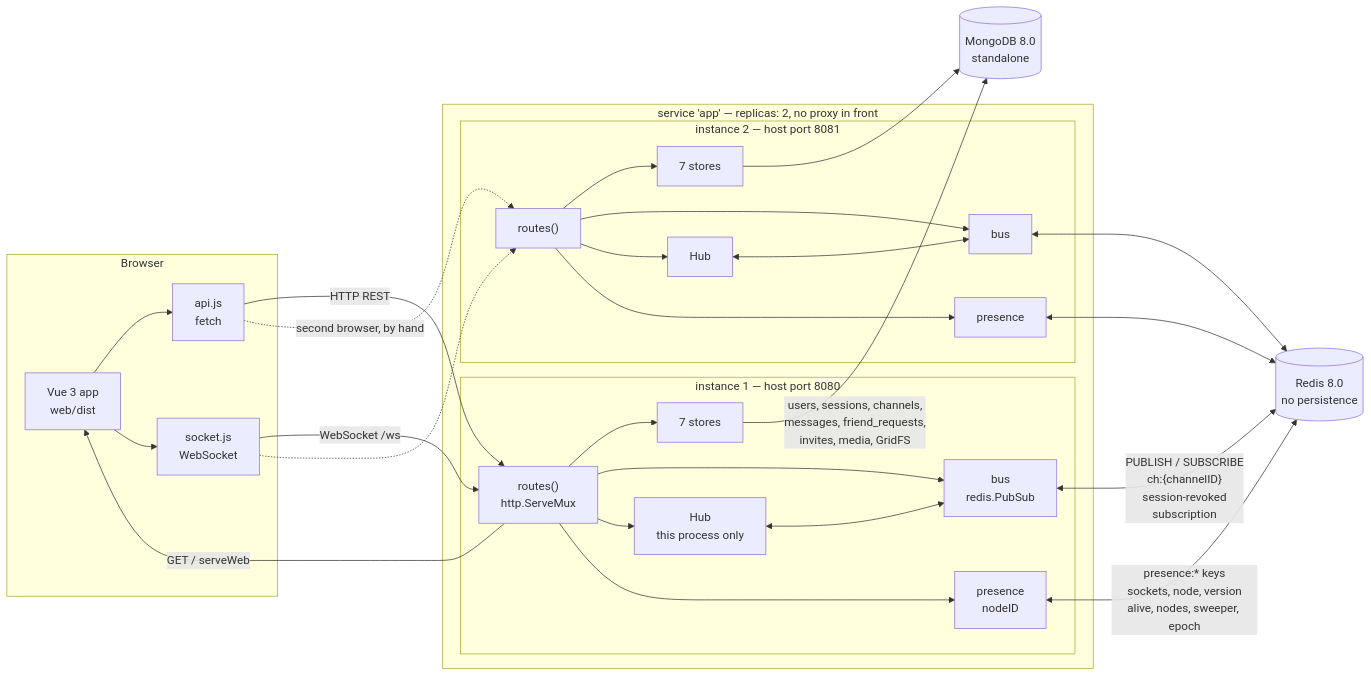
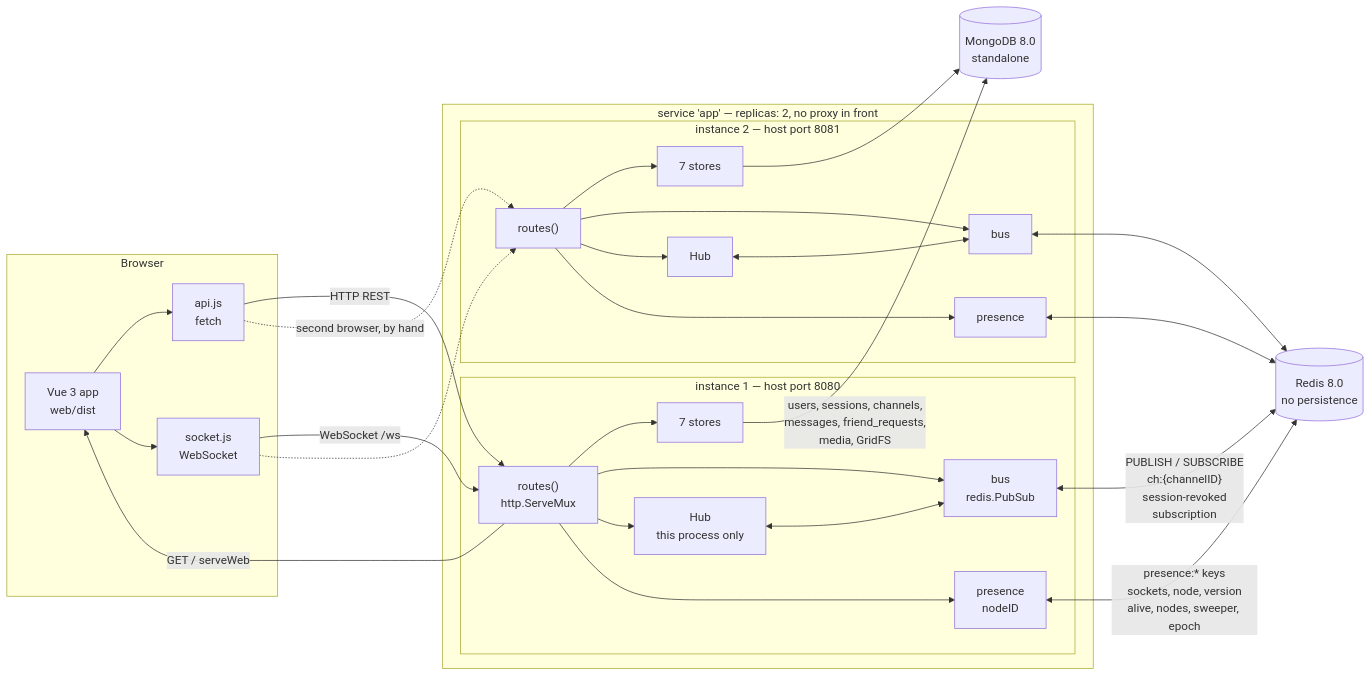
The diagram in docs/diagrams/system.mmd (hdmtrn/nosql-messenger), drawn with Mermaid before and after one commit. The commit also changed 21 other files, not shown here.

```diff
--- a/docs/diagrams/system.mmd
+++ b/docs/diagrams/system.mmd
@@ -1,56 +1,56 @@
 %% Whole system: Vue client, two Go instances, Redis, MongoDB.
 %% Exact Redis key and topic formats are in the README tables.
 %% Sources: docker-compose.yml, Dockerfile, server/main.go, server/server.go,
 %% server/bus.go, server/presence.go, web/src/api.js, web/src/socket.js
 flowchart LR
   subgraph client["Browser"]
     vue["Vue 3 app<br/>web/dist"]
     apijs["api.js<br/>fetch"]
     wsjs["socket.js<br/>WebSocket"]
     vue --> apijs
     vue --> wsjs
   end
 
   subgraph app["service 'app' — replicas: 2, no proxy in front"]
     subgraph n1["instance 1 — host port 8080"]
       mux1["routes()<br/>http.ServeMux"]
       hub1["Hub<br/>this process only"]
       bus1["bus<br/>redis.PubSub"]
       pres1["presence<br/>nodeID"]
       st1["7 stores"]
       mux1 --> st1
       mux1 --> bus1
       mux1 --> hub1
       hub1 <--> bus1
       mux1 --> pres1
     end
     subgraph n2["instance 2 — host port 8081"]
       mux2["routes()"]
       hub2["Hub"]
       bus2["bus"]
       pres2["presence"]
       st2["7 stores"]
       mux2 --> st2
       mux2 --> bus2
       mux2 --> hub2
       hub2 <--> bus2
       mux2 --> pres2
     end
   end
 
   redis[("Redis 8.0<br/>no persistence")]
   mongo[("MongoDB 8.0<br/>standalone")]
 
   apijs -->|"HTTP REST"| mux1
   wsjs -->|"WebSocket /ws"| mux1
   apijs -.->|"second browser, by hand"| mux2
   wsjs -.-> mux2
   mux1 -->|"GET / serveWeb"| vue
 
   bus1 <-->|"PUBLISH / SUBSCRIBE<br/>ch:{channelID}<br/>session-revoked<br/>subscription"| redis
   bus2 <--> redis
   pres1 <-->|"presence:* keys<br/>sockets, node, version<br/>alive, nodes, sweeper, epoch"| redis
   pres2 <--> redis
 
-  st1 -->|"users, sessions, channels,<br/>messages, friend_requests,<br/>invites, media, GridFS"| mongo
+  st1 -->|"users, sessions, channels,<br/>messages, friend_requests,<br/>media, GridFS"| mongo
   st2 --> mongo
```
